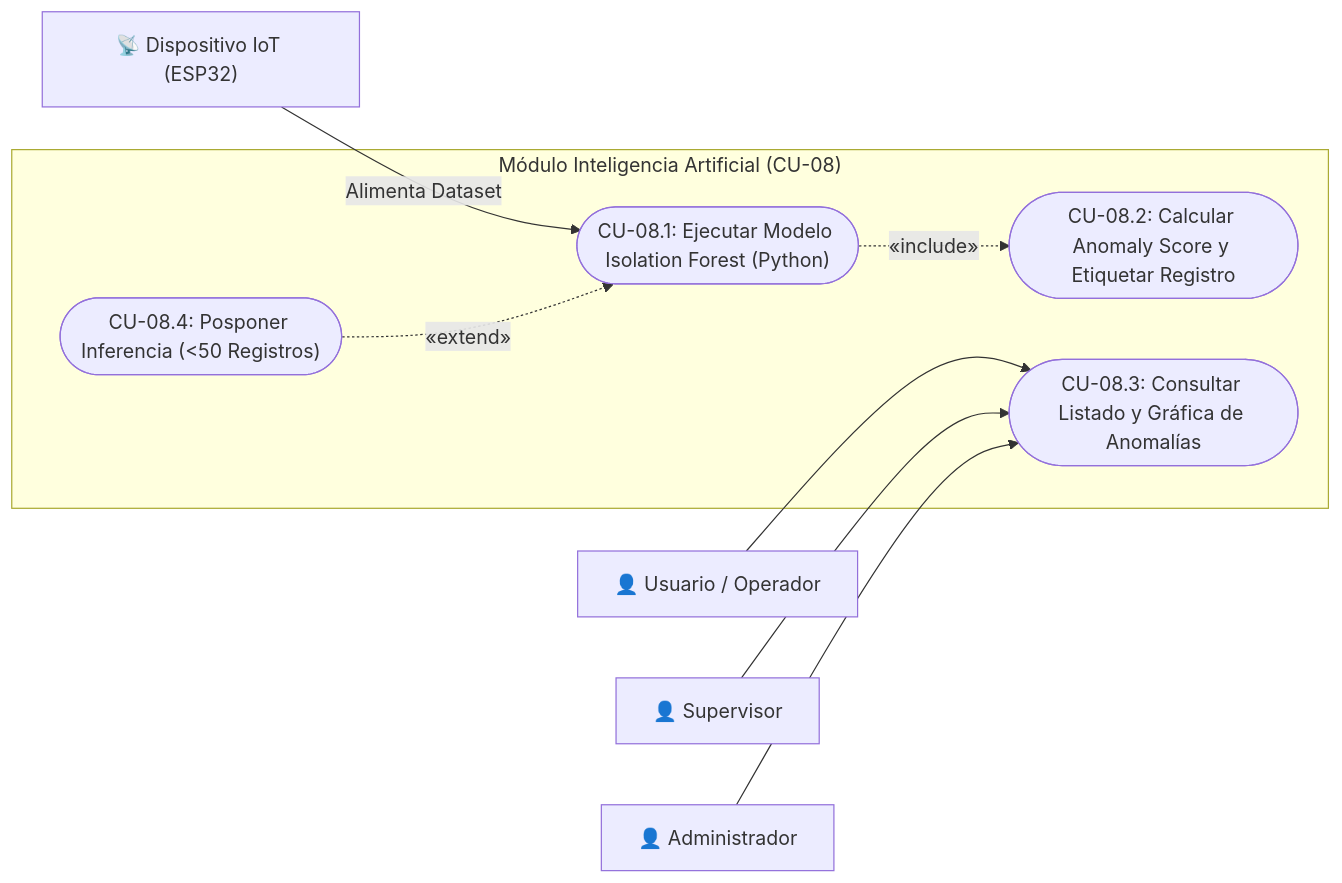
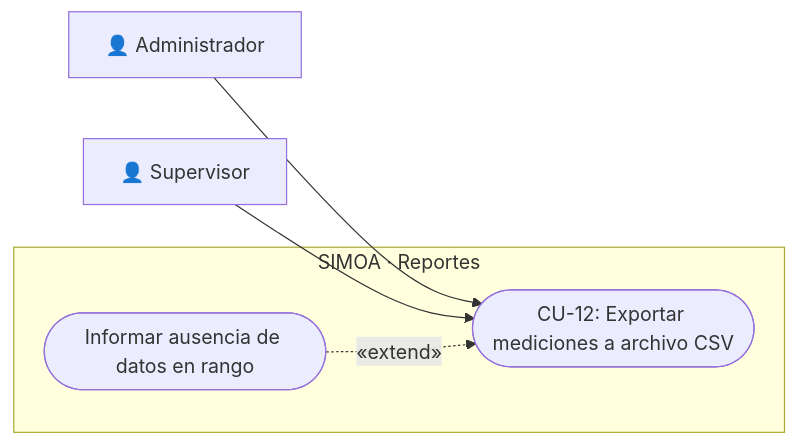
Before and after one commit to LuzElianaSanchezTovar666/Sistema_oit_de_monitoreo_ambiental: diagram 13 of 17 in docs/SRS_SIMOA.md, drawn with Mermaid. The commit also changed other lines of this file, not shown here.

````diff
--- a/docs/SRS_SIMOA.md
+++ b/docs/SRS_SIMOA.md
@@ -681,22 +700,14 @@
 ```mermaid
 flowchart LR
-    ESP32["📡 Dispositivo IoT (ESP32)"]
-    Usuario["👤 Usuario / Operador"]
+    Admin["👤 Administrador"]
     Supervisor["👤 Supervisor"]
-    Admin["👤 Administrador"]
 
-    subgraph "Módulo Inteligencia Artificial (CU-08)"
-        CU08_Exec(["CU-08.1: Ejecutar Modelo Isolation Forest (Python)"])
-        CU08_Mark(["CU-08.2: Calcular Anomaly Score y Etiquetar Registro"])
-        CU08_View(["CU-08.3: Consultar Listado y Gráfica de Anomalías"])
-        CU08_Skip(["CU-08.4: Posponer Inferencia (<50 Registros)"])
+    subgraph "SIMOA · Reportes"
+        CU12(["CU-12: Exportar mediciones a archivo CSV"])
+        CU12_Empty(["Informar ausencia de datos en rango"])
     end
 
-    ESP32 -->|Alimenta Dataset| CU08_Exec
-    CU08_Exec -.->|«include»| CU08_Mark
-    CU08_Skip -.->|«extend»| CU08_Exec
-
-    Usuario --> CU08_View
-    Supervisor --> CU08_View
-    Admin --> CU08_View
+    Admin --> CU12
+    Supervisor --> CU12
+    CU12_Empty -.->|«extend»| CU12
 ```
````
